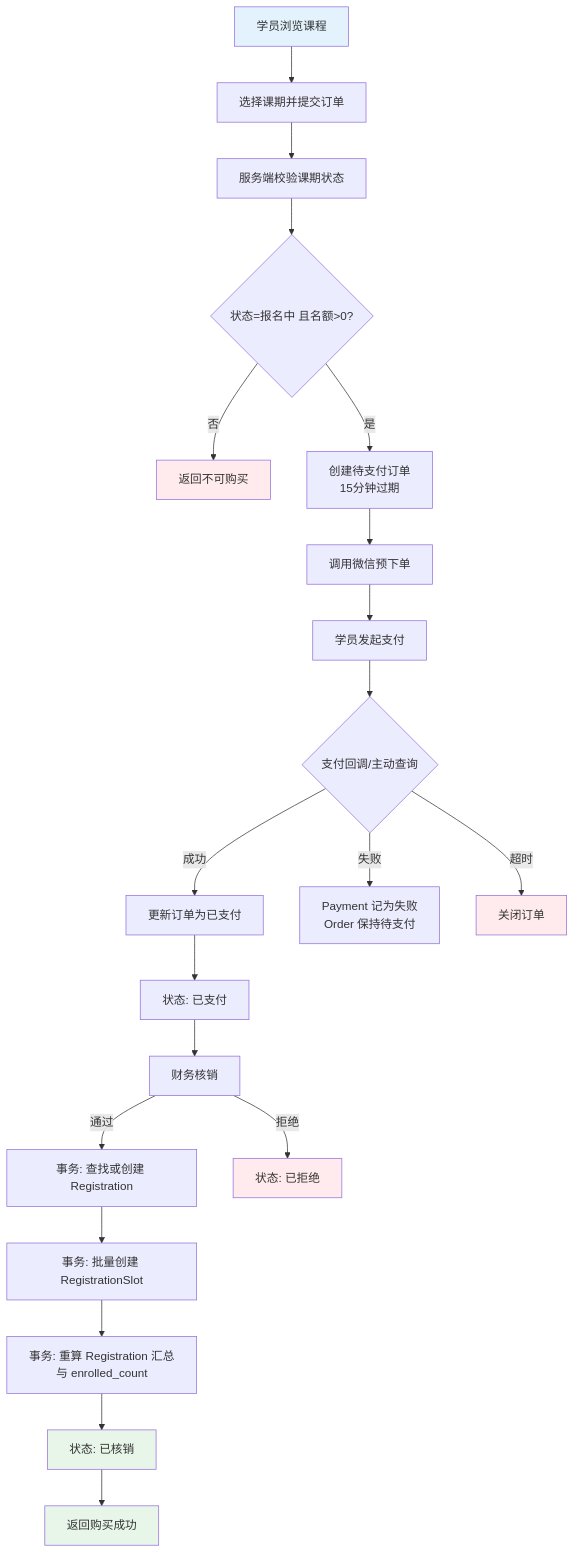
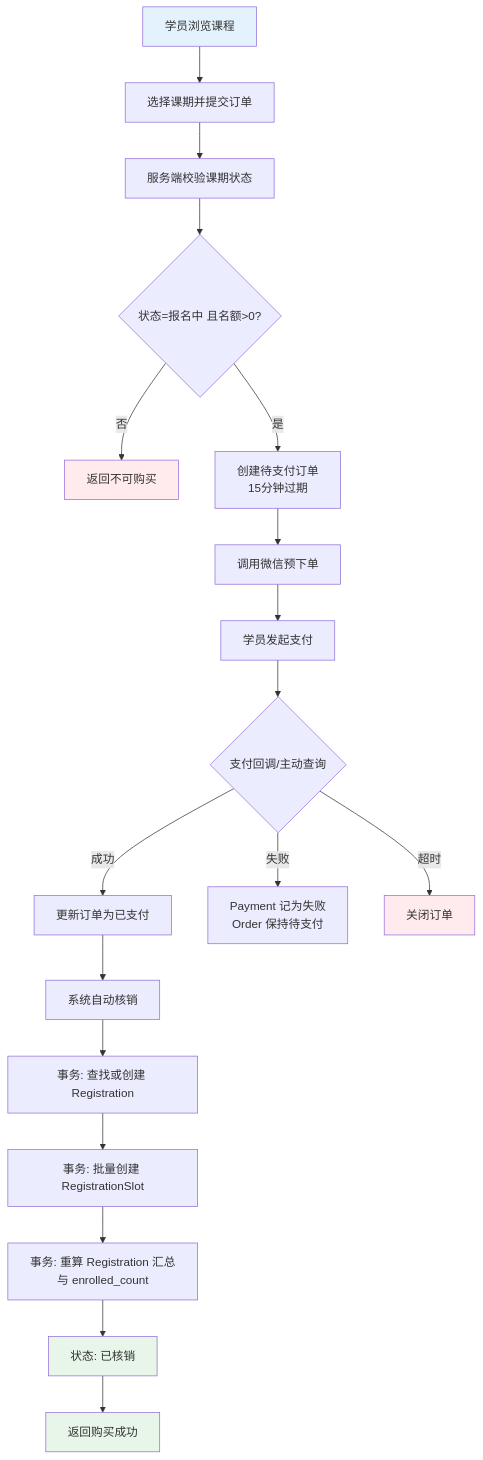
The third of 8 diagrams in 课程培训平台/PRD.md (zingxy/side-job), drawn with Mermaid before and after one commit. The commit also changed other lines of this file and 1 other file, not shown here.

````diff
--- a/课程培训平台/PRD.md
+++ b/课程培训平台/PRD.md
@@ -596,29 +215,26 @@
 ```mermaid
 flowchart TD
     A[学员浏览课程] --> B[选择课期并提交订单]
     B --> C[服务端校验课期状态]
     C --> D{状态=报名中 且名额>0?}
     D -->|否| E[返回不可购买]
     D -->|是| F[创建待支付订单<br/>15分钟过期]
     F --> G[调用微信预下单]
     G --> H[学员发起支付]
     H --> I{支付回调/主动查询}
     I -->|成功| J[更新订单为已支付]
-    J --> K[状态: 已支付]
-    K --> L[财务核销]
-    L -->|通过| M[事务: 查找或创建 Registration]
+    J --> K[系统自动核销]
+    K --> M[事务: 查找或创建 Registration]
     M --> N[事务: 批量创建 RegistrationSlot]
     N --> O[事务: 重算 Registration 汇总与 enrolled_count]
     O --> P[状态: 已核销]
     I -->|失败| Q[Payment 记为失败<br/>Order 保持待支付]
     I -->|超时| R[关闭订单]
-    L -->|拒绝| S[状态: 已拒绝]
     P --> T[返回购买成功]
 
     style A fill:#e3f2fd
     style P fill:#e8f5e9
     style T fill:#e8f5e9
     style E fill:#ffebee
     style R fill:#ffebee
-    style S fill:#ffebee
 ```
````
